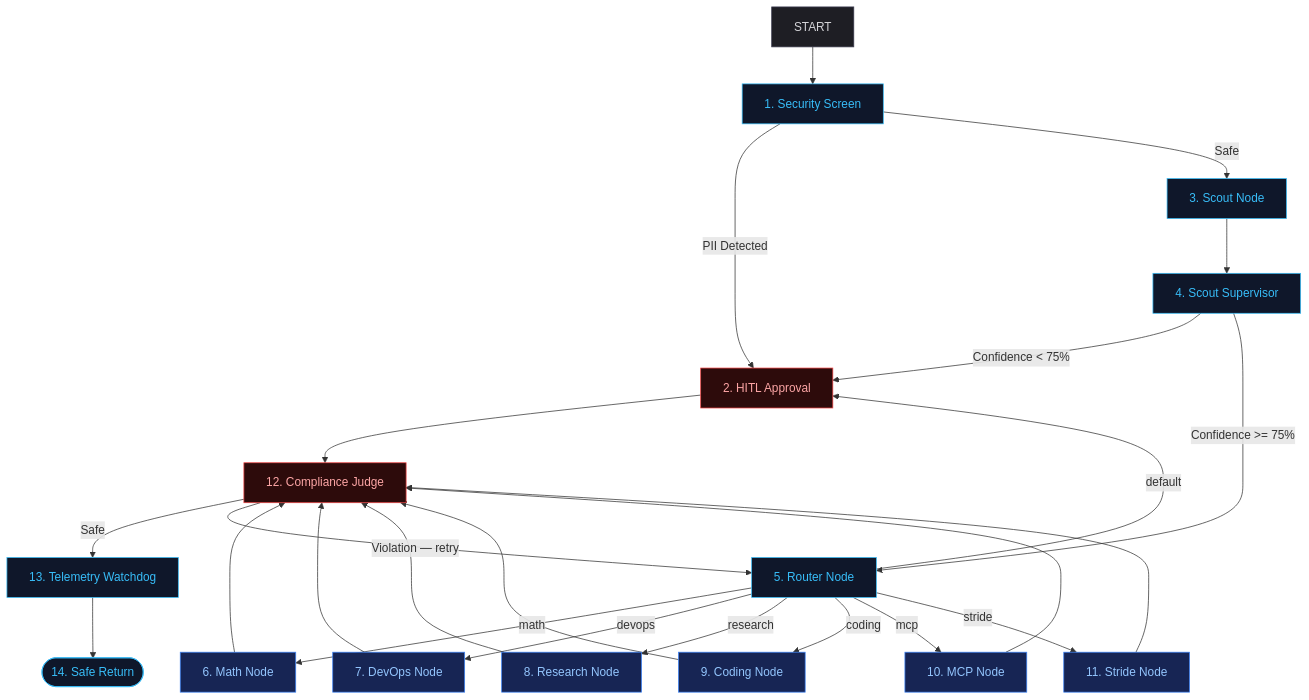
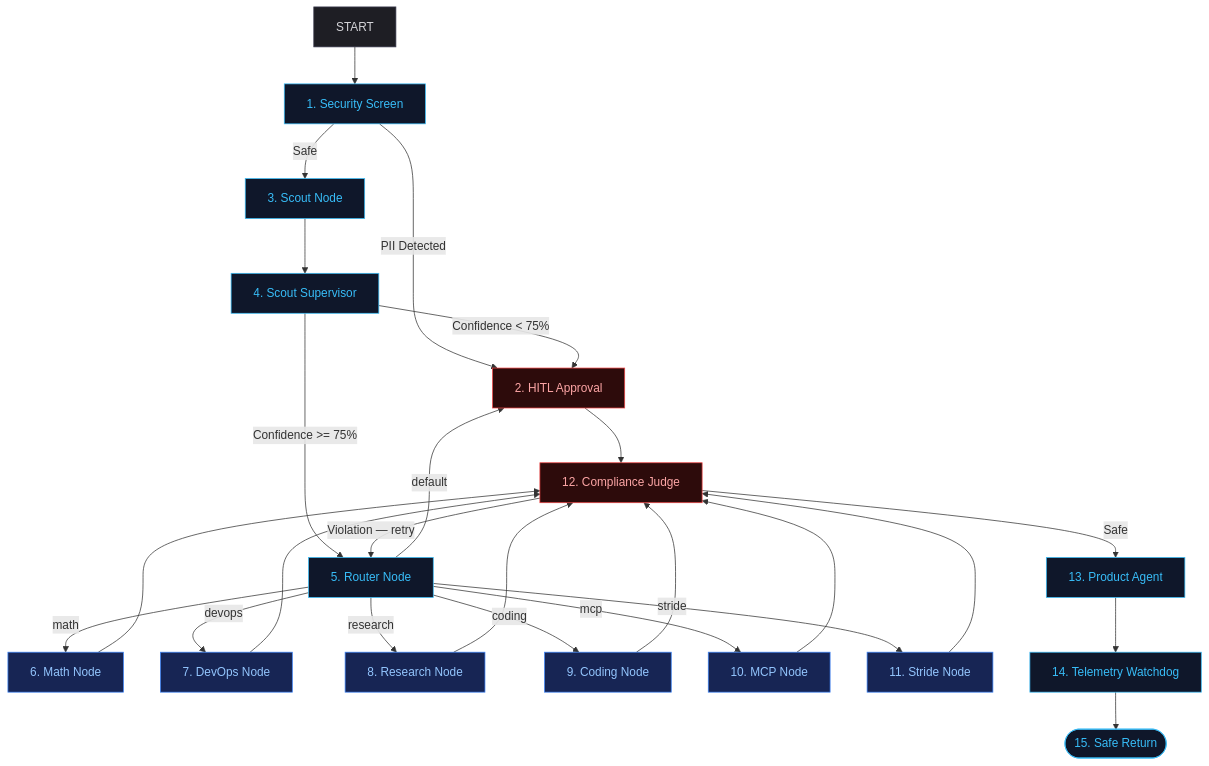
One commit to ryemyster/capability-arbitrator changed the first of 2 diagrams in docs/ARCHITECTURE.md. Above: the diagram before and after it, drawn with Mermaid. The commit also changed other lines of this file and 8 other files, not shown here.

First line of the commit message:
feat: add Product Agent KPI auditor node (issue #20)

````diff
--- a/docs/ARCHITECTURE.md
+++ b/docs/ARCHITECTURE.md
@@ -21,35 +21,36 @@
 ```mermaid
 graph TD
     classDef default fill:#1e1e24,stroke:#3b3b4f,stroke-width:1px,color:#d4d4d8;
     classDef system fill:#0f172a,stroke:#38bdf8,stroke-width:1px,color:#38bdf8;
     classDef branch fill:#172554,stroke:#3b82f6,stroke-width:1px,color:#93c5fd;
     classDef gate fill:#2d0b0b,stroke:#ef4444,stroke-width:1px,color:#fca5a5;
 
     START --> SecScreen[1. Security Screen]:::system
     SecScreen -->|PII Detected| Approval[2. HITL Approval]:::gate
     SecScreen -->|Safe| Scout[3. Scout Node]:::system
     Scout --> Supervisor[4. Scout Supervisor]:::system
     Supervisor -->|Confidence < 75%| Approval
     Supervisor -->|Confidence >= 75%| Router[5. Router Node]:::system
     
     Router -->|math| Math[6. Math Node]:::branch
     Router -->|devops| DevOps[7. DevOps Node]:::branch
     Router -->|research| Research[8. Research Node]:::branch
     Router -->|coding| Coding[9. Coding Node]:::branch
     Router -->|mcp| MCP[10. MCP Node]:::branch
     Router -->|stride| Stride[11. Stride Node]:::branch
     Router -->|default| Approval
     
     Math --> Judge[12. Compliance Judge]:::gate
     DevOps --> Judge
     Research --> Judge
     Coding --> Judge
     MCP --> Judge
     Stride --> Judge
     Approval --> Judge
 
-    Judge -->|Safe| Watchdog[13. Telemetry Watchdog]:::system
+    Judge -->|Safe| ProductAgent[13. Product Agent]:::system
     Judge -->|Violation — retry| Router
 
-    Watchdog --> END([14. Safe Return]):::system
+    ProductAgent --> Watchdog[14. Telemetry Watchdog]:::system
+    Watchdog --> END([15. Safe Return]):::system
 ```
````
